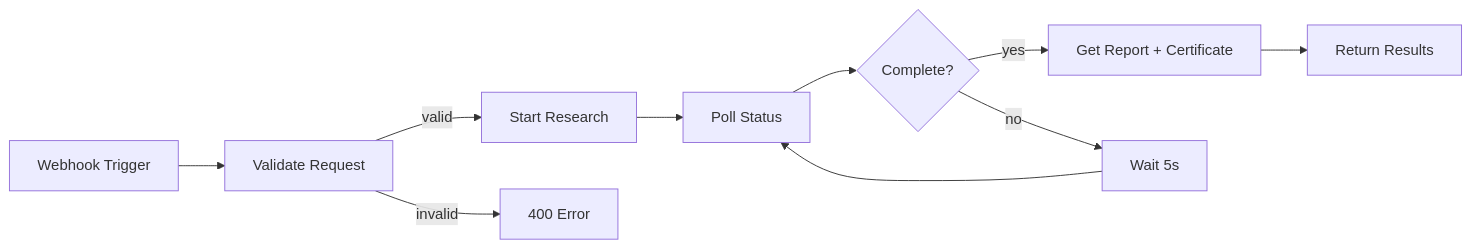
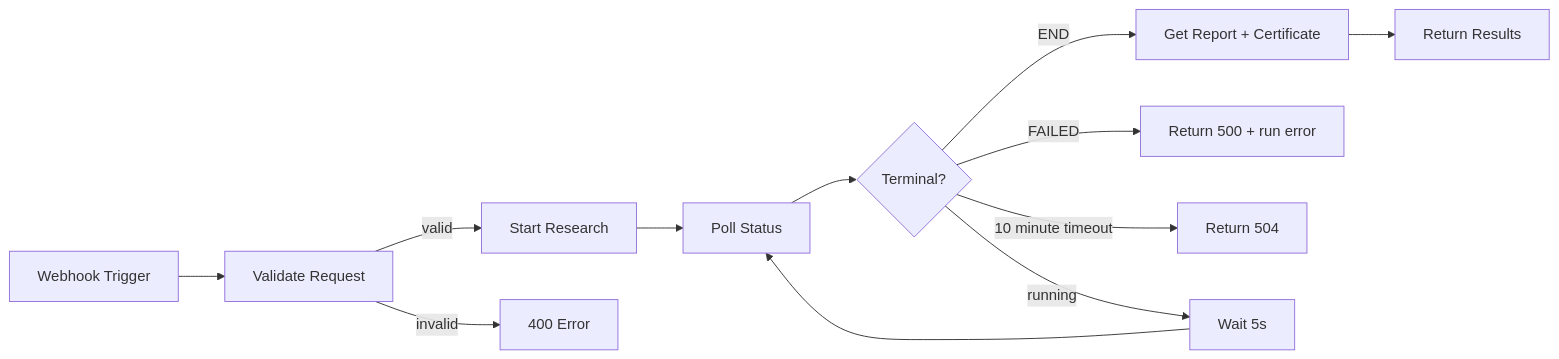
Before and after one commit to seelamramesh/deepdive: the fourth of 5 diagrams in README.md, drawn with Mermaid. The commit also changed other lines of this file and 27 other files, not shown here.

````diff
--- a/README.md
+++ b/README.md
@@ -108,11 +108,13 @@
 ```mermaid
 graph LR
     Webhook[Webhook Trigger] --> Validate[Validate Request]
     Validate -->|valid| Start[Start Research]
     Validate -->|invalid| Error[400 Error]
     Start --> Poll[Poll Status]
-    Poll --> Check{Complete?}
-    Check -->|yes| Fetch[Get Report + Certificate]
-    Check -->|no| Wait[Wait 5s] --> Poll
+    Poll --> Check{Terminal?}
+    Check -->|END| Fetch[Get Report + Certificate]
+    Check -->|FAILED| Failed[Return 500 + run error]
+    Check -->|10 minute timeout| Timeout[Return 504]
+    Check -->|running| Wait[Wait 5s] --> Poll
     Fetch --> Respond[Return Results]
 ```
````
